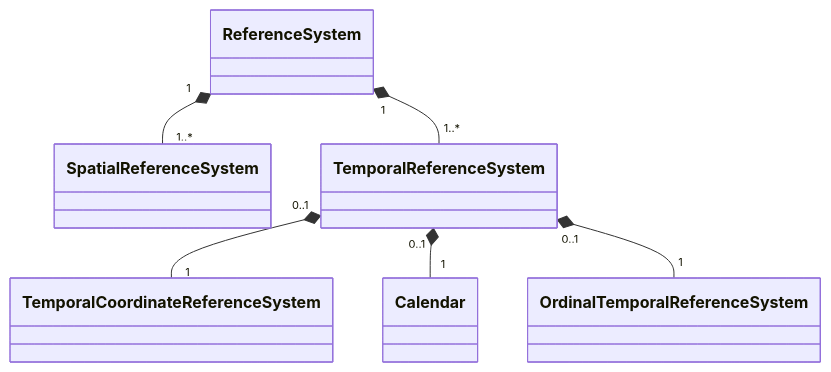
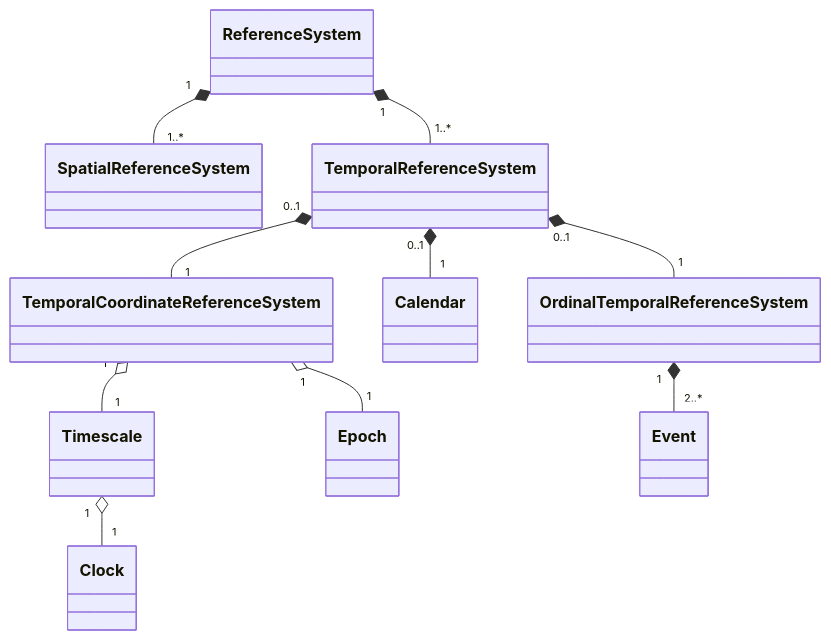
One commit to opengeospatial/Temporal-Abstract-Spec changed the diagram in abstract-specification/sections/06-other-clauses.adoc. Above: the diagram before and after it, drawn with Mermaid.

````diff
--- a/abstract-specification/sections/06-other-clauses.adoc
+++ b/abstract-specification/sections/06-other-clauses.adoc
@@ -24,11 +24,12 @@
 ```mermaid
 classDiagram
 ReferenceSystem "1" *-- "1..*" SpatialReferenceSystem
 ReferenceSystem "1" *-- "1..*" TemporalReferenceSystem
     TemporalReferenceSystem "0..1" *-- "1" TemporalCoordinateReferenceSystem
     TemporalReferenceSystem "0..1" *-- "1" Calendar
     TemporalReferenceSystem "0..1" *-- "1" OrdinalTemporalReferenceSystem
-Timescale
-Clock
-Epoch
+TemporalCoordinateReferenceSystem "1" o-- "1" Timescale
+TemporalCoordinateReferenceSystem "1" o-- "1" Epoch
+Timescale "1" o-- "1" Clock
+OrdinalTemporalReferenceSystem "1" *-- "2..*" Event
 ```
````
